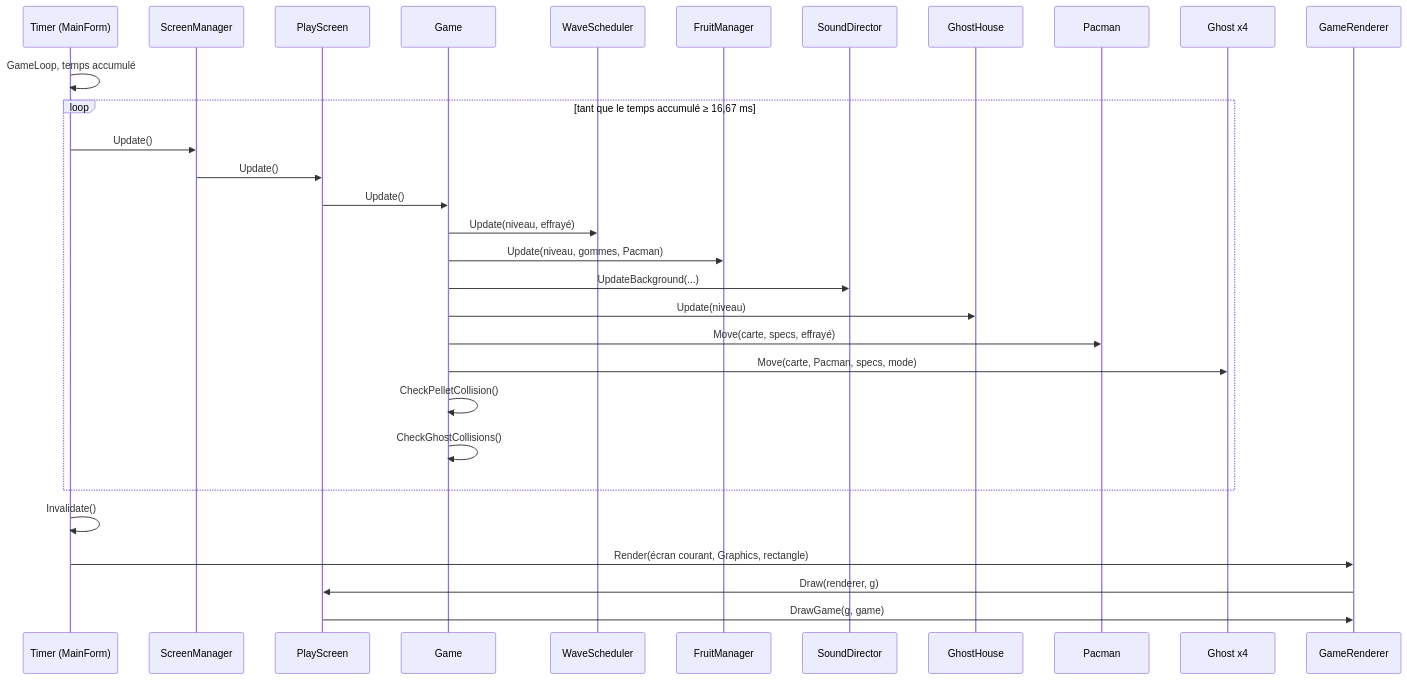
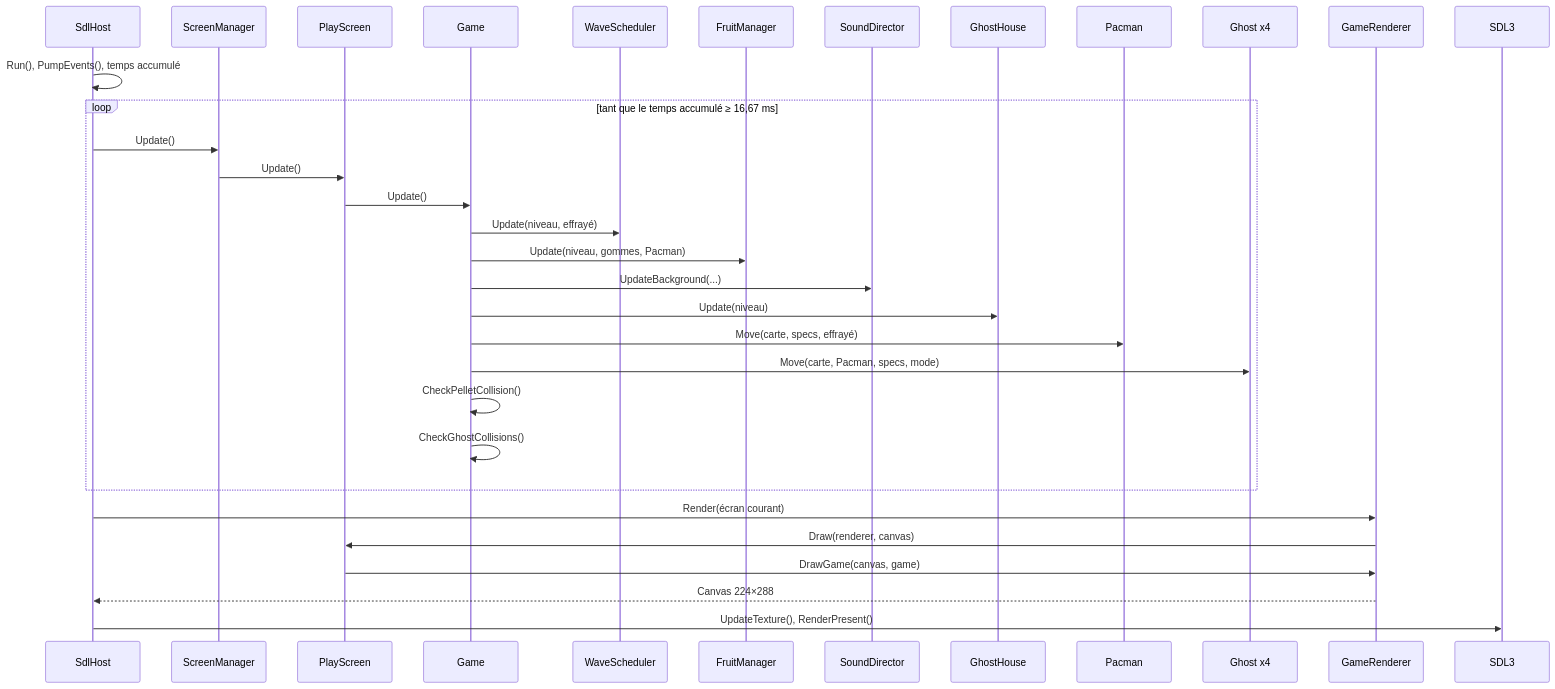
The eighth of 18 diagrams in docs/Pacman_UML_et_etats.md (Telev78/pacman), drawn with Mermaid before and after one commit. The commit also changed other lines of this file and 36 other files, not shown here.

````diff
--- a/docs/Pacman_UML_et_etats.md
+++ b/docs/Pacman_UML_et_etats.md
@@ -691,32 +757,34 @@
 ```mermaid
 sequenceDiagram
-  participant T as Timer (MainForm)
+  participant H as SdlHost
   participant S as ScreenManager
   participant P as PlayScreen
   participant G as Game
   participant W as WaveScheduler
   participant F as FruitManager
   participant D as SoundDirector
-  participant H as GhostHouse
+  participant GH as GhostHouse
   participant PM as Pacman
-  participant GH as Ghost x4
+  participant GS as Ghost x4
   participant R as GameRenderer
-  T->>T: GameLoop, temps accumulé
+  participant X as SDL3
+  H->>H: Run(), PumpEvents(), temps accumulé
   loop tant que le temps accumulé ≥ 16,67 ms
-    T->>S: Update()
+    H->>S: Update()
     S->>P: Update()
     P->>G: Update()
     G->>W: Update(niveau, effrayé)
     G->>F: Update(niveau, gommes, Pacman)
     G->>D: UpdateBackground(...)
-    G->>H: Update(niveau)
+    G->>GH: Update(niveau)
     G->>PM: Move(carte, specs, effrayé)
-    G->>GH: Move(carte, Pacman, specs, mode)
+    G->>GS: Move(carte, Pacman, specs, mode)
     G->>G: CheckPelletCollision()
     G->>G: CheckGhostCollisions()
   end
-  T->>T: Invalidate()
-  T->>R: Render(écran courant, Graphics, rectangle)
-  R->>P: Draw(renderer, g)
-  P->>R: DrawGame(g, game)
+  H->>R: Render(écran courant)
+  R->>P: Draw(renderer, canvas)
+  P->>R: DrawGame(canvas, game)
+  R-->>H: Canvas 224×288
+  H->>X: UpdateTexture(), RenderPresent()
 ```
````
